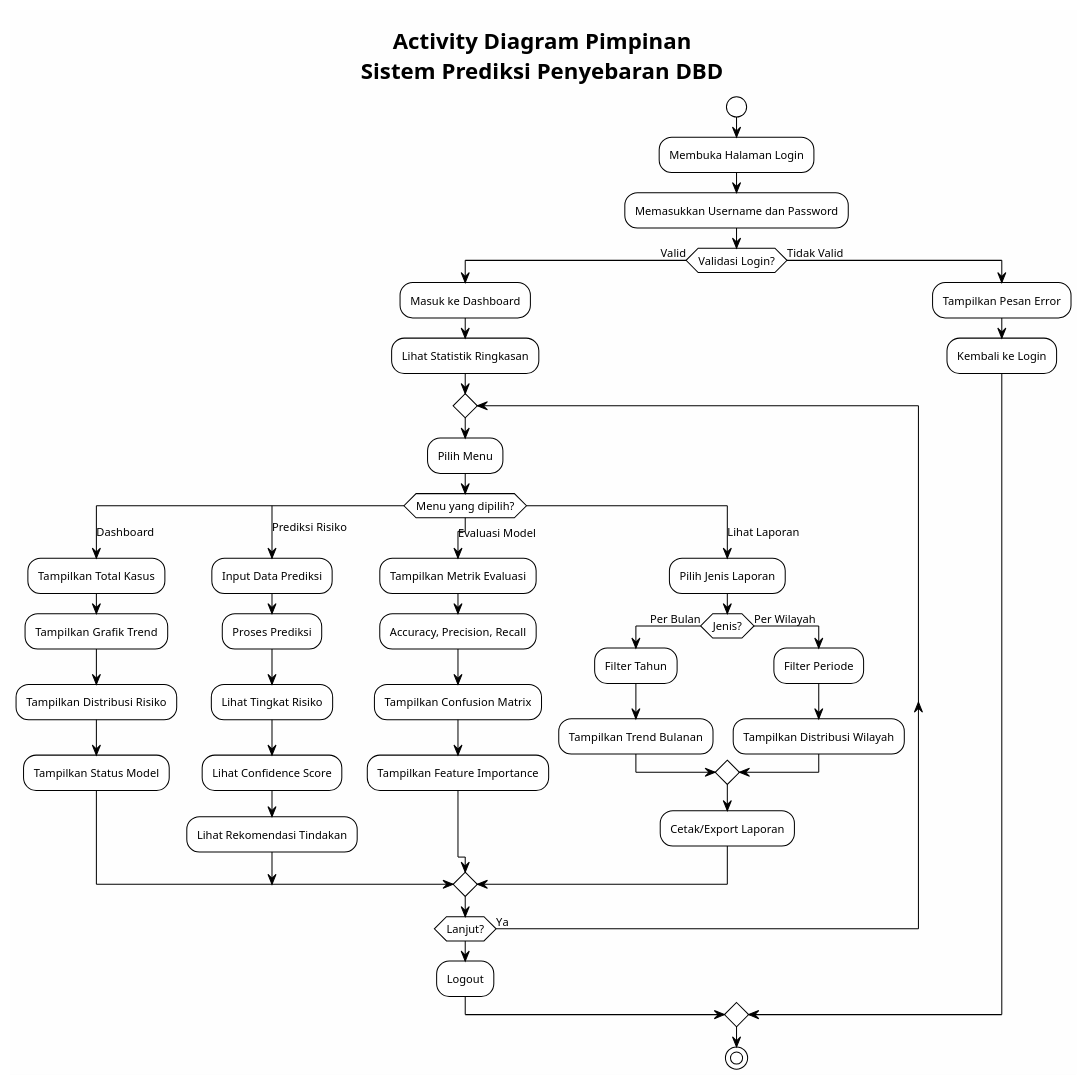
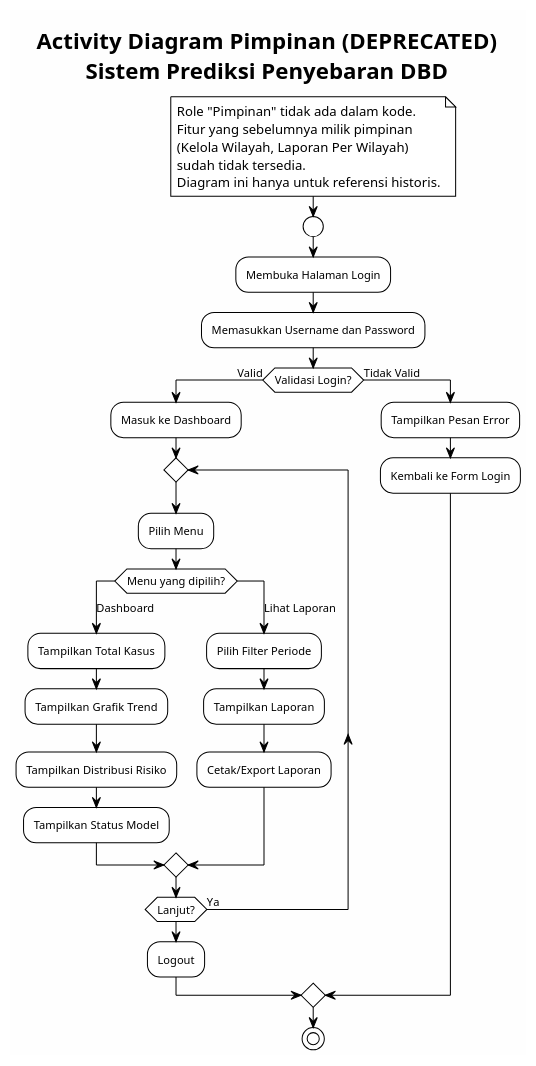
Before and after one commit to Suwardi87/prediksi-DBD: the diagram in Dokumen/UML/activity_diagram_pimpinan.puml, drawn with PlantUML. The commit also changed 43 other files, not shown here.

```diff
--- a/Dokumen/UML/activity_diagram_pimpinan.puml
+++ b/Dokumen/UML/activity_diagram_pimpinan.puml
@@ -1,65 +1,53 @@
 @startuml activity_diagram_pimpinan
 !theme plain
 skinparam backgroundColor #FEFEFE
 skinparam activityFontSize 11
 
-title Activity Diagram Pimpinan\nSistem Prediksi Penyebaran DBD
+title Activity Diagram Pimpinan (DEPRECATED)\nSistem Prediksi Penyebaran DBD
+
+note right
+  Role "Pimpinan" tidak ada dalam kode.
+  Fitur yang sebelumnya milik pimpinan
+  (Kelola Wilayah, Laporan Per Wilayah)
+  sudah tidak tersedia.
+  Diagram ini hanya untuk referensi historis.
+end note
 
 start
 
 :Membuka Halaman Login;
 
 :Memasukkan Username dan Password;
 
 if (Validasi Login?) then (Valid)
     :Masuk ke Dashboard;
-    :Lihat Statistik Ringkasan;
     
     repeat
         :Pilih Menu;
         
         switch (Menu yang dipilih?)
         case (Dashboard)
             :Tampilkan Total Kasus;
             :Tampilkan Grafik Trend;
             :Tampilkan Distribusi Risiko;
             :Tampilkan Status Model;
             
-        case (Prediksi Risiko)
-            :Input Data Prediksi;
-            :Proses Prediksi;
-            :Lihat Tingkat Risiko;
-            :Lihat Confidence Score;
-            :Lihat Rekomendasi Tindakan;
-            
-        case (Evaluasi Model)
-            :Tampilkan Metrik Evaluasi;
-            :Accuracy, Precision, Recall;
-            :Tampilkan Confusion Matrix;
-            :Tampilkan Feature Importance;
-            
         case (Lihat Laporan)
-            :Pilih Jenis Laporan;
-            if (Jenis?) then (Per Bulan)
-                :Filter Tahun;
-                :Tampilkan Trend Bulanan;
-            else (Per Wilayah)
-                :Filter Periode;
-                :Tampilkan Distribusi Wilayah;
-            endif
+            :Pilih Filter Periode;
+            :Tampilkan Laporan;
             :Cetak/Export Laporan;
             
         endswitch
         
     repeat while (Lanjut?) is (Ya)
 
     :Logout;
     
 else (Tidak Valid)
     :Tampilkan Pesan Error;
-    :Kembali ke Login;
+    :Kembali ke Form Login;
 endif
 
 stop
 
 @enduml
```
